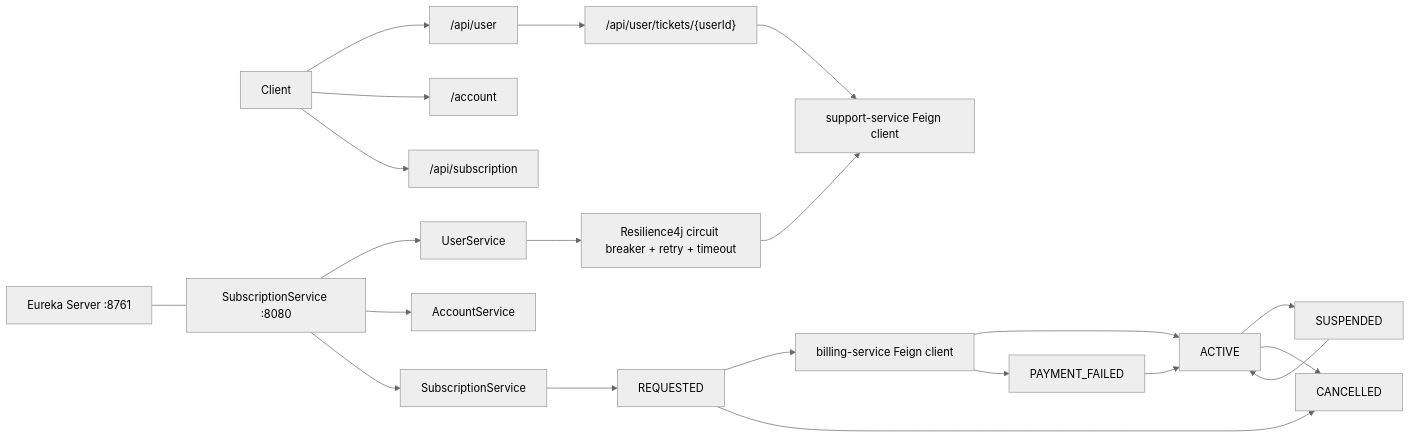
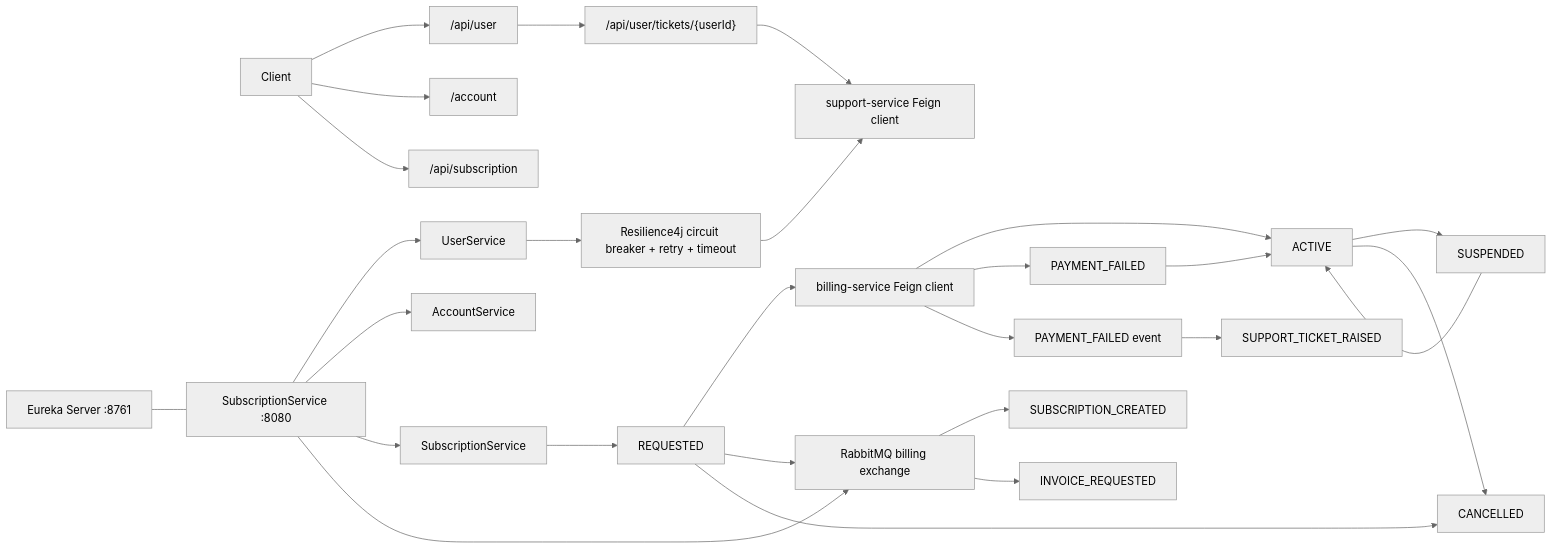
One commit to byte2code/telecom-subscription-service changed the diagram in README.md. Above: the diagram before and after it, drawn with Mermaid (neutral theme). The commit also changed other lines of this file and 12 other files, not shown here.

Commit message:
Add RabbitMQ billing events

````diff
--- a/README.md
+++ b/README.md
@@ -204,25 +218,31 @@
 ```mermaid
 flowchart LR
     Client[Client] --> UserAPI["/api/user"]
     Client --> AccountAPI["/account"]
     Client --> SubAPI["/api/subscription"]
 
     Eureka["Eureka Server :8761"] --- App["SubscriptionService :8080"]
     App --> UserService["UserService"]
     App --> AccountService["AccountService"]
     App --> SubService["SubscriptionService"]
+    App --> Rabbit["RabbitMQ billing exchange"]
 
     SubService --> Requested["REQUESTED"]
     Requested --> BillingClient["billing-service Feign client"]
+    Requested --> Rabbit
+    Rabbit --> Created["SUBSCRIPTION_CREATED"]
+    Rabbit --> Invoice["INVOICE_REQUESTED"]
     BillingClient --> Active["ACTIVE"]
     BillingClient --> PaymentFailed["PAYMENT_FAILED"]
+    BillingClient --> FailedEvent["PAYMENT_FAILED event"]
+    FailedEvent --> SupportEvent["SUPPORT_TICKET_RAISED"]
     Active --> Suspended["SUSPENDED"]
     Suspended --> Active
     Active --> Cancelled["CANCELLED"]
     Requested --> Cancelled
     PaymentFailed --> Active
     UserService --> Resilience["Resilience4j circuit breaker + retry + timeout"]
     Resilience --> SupportClient["support-service Feign client"]
     UserAPI --> Tickets["/api/user/tickets/{userId}"]
     Tickets --> SupportClient
 ```
````
